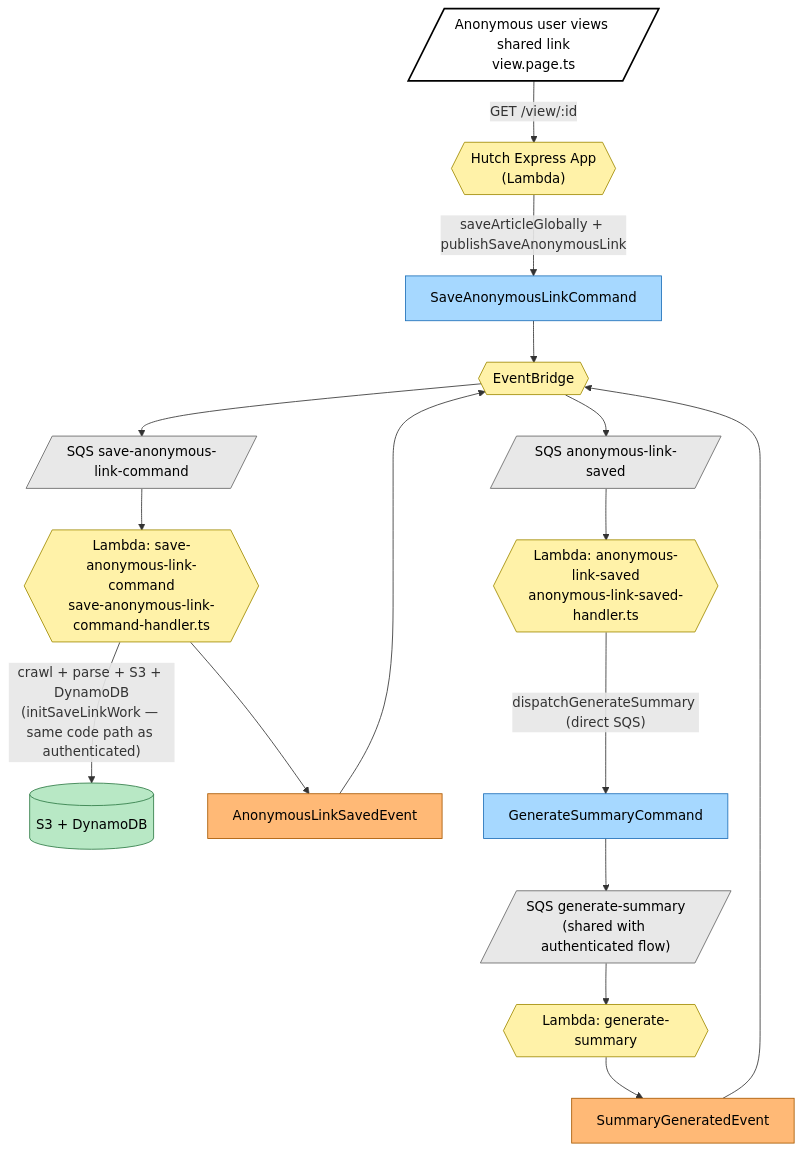
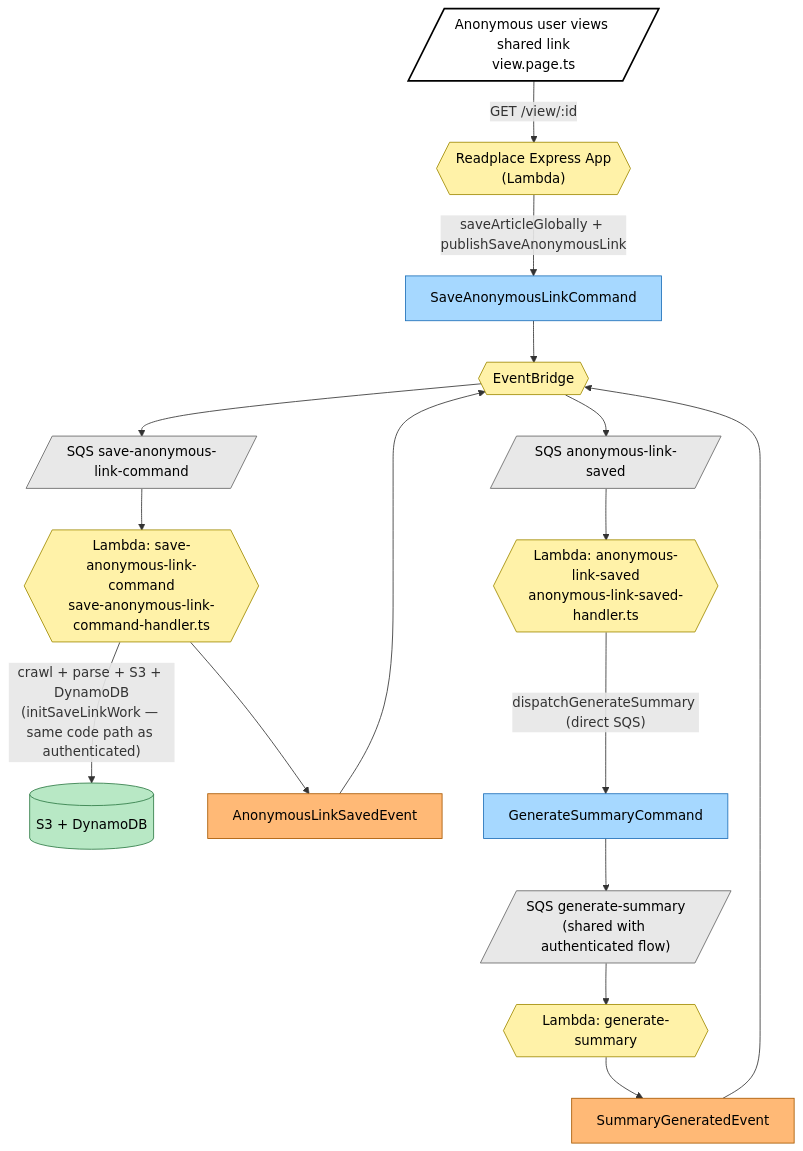
The third of 3 diagrams in .architecture/2026-04-18-1748f31/SAVE_LINK_EVENT_STORMING.md (HutchApp/hutch-app), drawn with Mermaid before and after one commit. The commit also changed other lines of this file and 17 other files, not shown here.

Commit message:
docs: rename hutch to readplace across skills and md files

````diff
--- a/.architecture/2026-04-18-1748f31/SAVE_LINK_EVENT_STORMING.md
+++ b/.architecture/2026-04-18-1748f31/SAVE_LINK_EVENT_STORMING.md
@@ -157,30 +157,30 @@
 ```mermaid
 flowchart TD
     UI2[/"Anonymous user views shared link<br/>view.page.ts"/]:::ui
 
-    UI2 -->|"GET /view/:id"| S0{{"Hutch Express App<br/>(Lambda)"}}:::sys
+    UI2 -->|"GET /view/:id"| S0{{"Readplace Express App<br/>(Lambda)"}}:::sys
     S0 -->|"saveArticleGlobally + publishSaveAnonymousLink"| C0[SaveAnonymousLinkCommand]:::cmd
 
     C0 --> EB{{"EventBridge"}}:::sys
     EB --> Q1[/"SQS save-anonymous-link-command"/]:::queue
     Q1 --> S1{{"Lambda: save-anonymous-link-command<br/>save-anonymous-link-command-handler.ts"}}:::sys
     S1 -->|"crawl + parse + S3 + DynamoDB<br/>(initSaveLinkWork — same code path as authenticated)"| R1[("S3 + DynamoDB")]:::read
     S1 --> E1[AnonymousLinkSavedEvent]:::evt
 
     E1 --> EB
     EB --> Q2[/"SQS anonymous-link-saved"/]:::queue
     Q2 --> S2{{"Lambda: anonymous-link-saved<br/>anonymous-link-saved-handler.ts"}}:::sys
     S2 -->|"dispatchGenerateSummary (direct SQS)"| C1[GenerateSummaryCommand]:::cmd
 
     C1 --> Q3[/"SQS generate-summary<br/>(shared with authenticated flow)"/]:::queue
     Q3 --> S3{{"Lambda: generate-summary"}}:::sys
     S3 --> E2[SummaryGeneratedEvent]:::evt
     E2 --> EB
 
     classDef ui fill:#fff,stroke:#000,stroke-width:2px,color:#000
     classDef cmd fill:#a6d8ff,stroke:#1e6fb8,color:#000
     classDef sys fill:#fff2a8,stroke:#a08a00,color:#000
     classDef evt fill:#ffb976,stroke:#a85800,color:#000
     classDef read fill:#b8e8c5,stroke:#2f7a45,color:#000
     classDef queue fill:#e8e8e8,stroke:#666,color:#000
 ```
````
